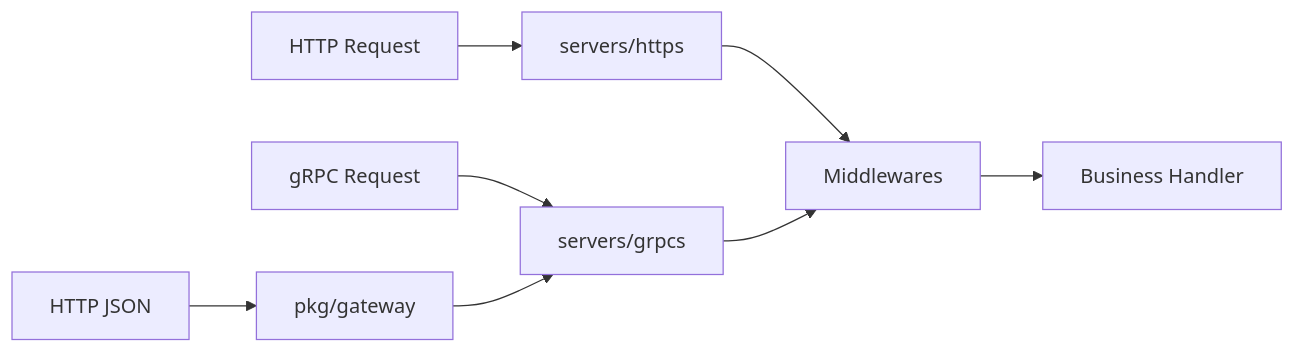
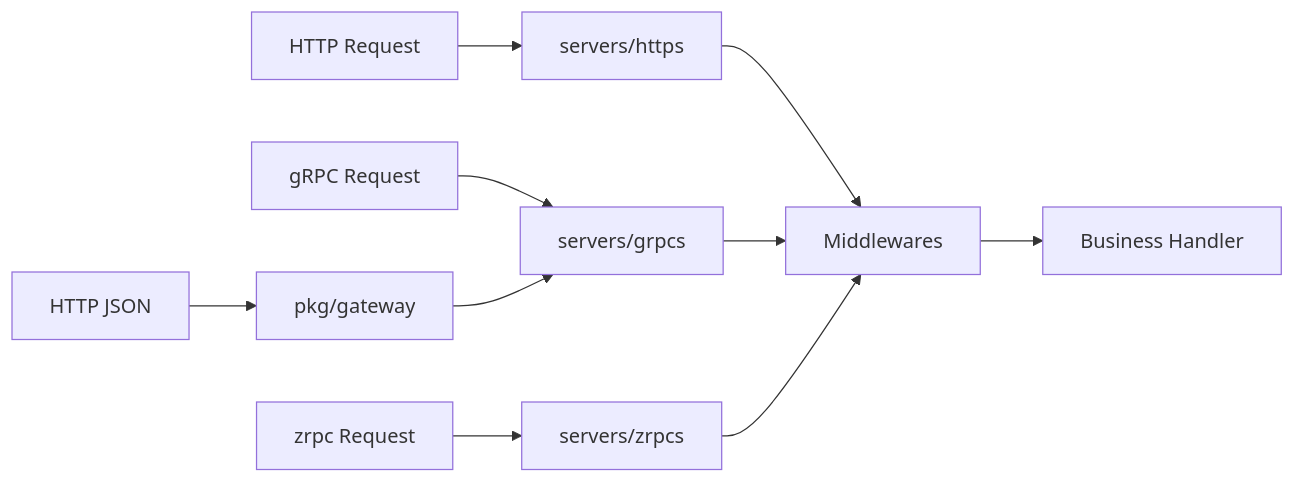
Before and after one commit to pubgo/lava: the diagram in docs/modules/servers.md, drawn with Mermaid. The commit also changed other lines of this file and 51 other files, not shown here.

````diff
--- a/docs/modules/servers.md
+++ b/docs/modules/servers.md
@@ -28,10 +37,12 @@
 ```mermaid
 flowchart LR
     Req1[HTTP Request] --> HTTPS[servers/https]
     Req2[gRPC Request] --> GRPCS[servers/grpcs]
+    Req4[zrpc Request] --> ZRPCS[servers/zrpcs]
     Req3[HTTP JSON] --> GW[pkg/gateway]
     GW --> GRPCS
     HTTPS --> Mid[Middlewares]
     GRPCS --> Mid
+    ZRPCS --> Mid
     Mid --> Biz[Business Handler]
 ```
````
